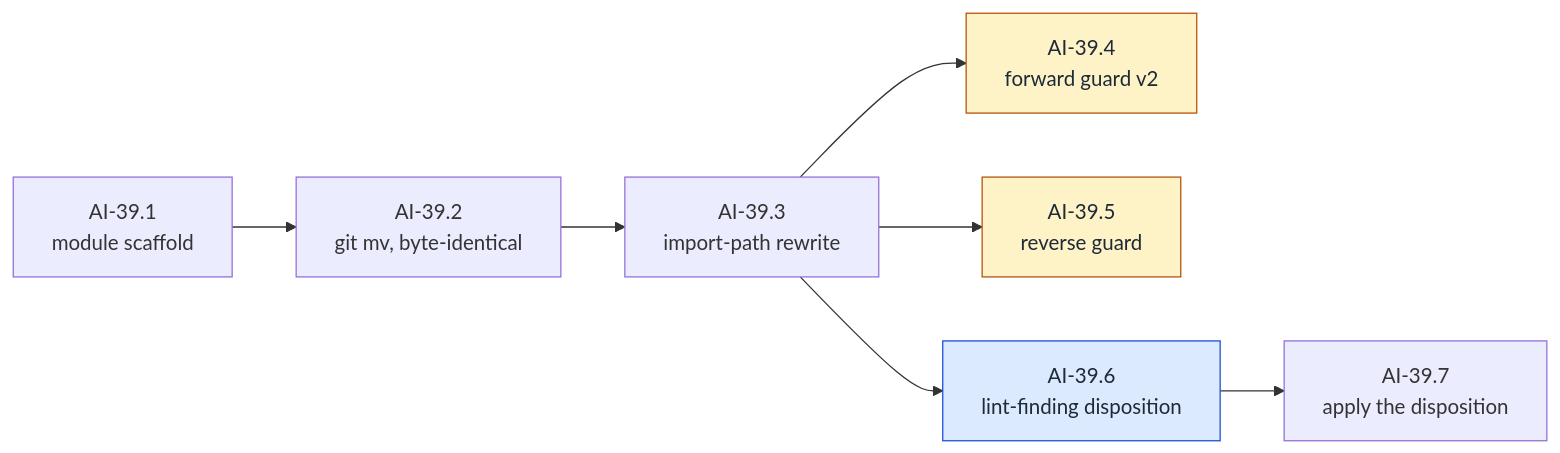
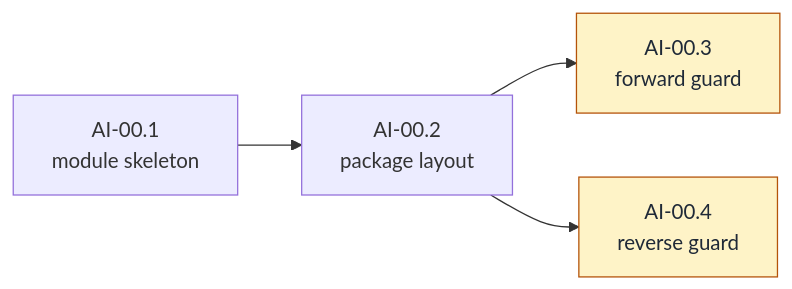
Before and after one commit to witsaba/cachicamas: the second of 29 diagrams in docs/architecture/milestones/0002-cachicamas-ai-layer-1-task-graph.md, drawn with Mermaid. The commit also changed other lines of this file, not shown here.

First line of the commit message:
docs: rewrite Layer 1 task graph as a from-zero plan (AI-00 … AI-40)

````diff
--- a/docs/architecture/milestones/0002-cachicamas-ai-layer-1-task-graph.md
+++ b/docs/architecture/milestones/0002-cachicamas-ai-layer-1-task-graph.md
@@ -222,13 +236,8 @@
 ```mermaid
 flowchart LR
-    A1["AI-39.1<br/>module scaffold"] --> A2["AI-39.2<br/>git mv, byte-identical"]
-    A2 --> A3["AI-39.3<br/>import-path rewrite"]
-    A3 --> A4["AI-39.4<br/>forward guard v2"]
-    A3 --> A5["AI-39.5<br/>reverse guard"]
-    A3 --> A6["AI-39.6<br/>lint-finding disposition"]
-    A6 --> A7["AI-39.7<br/>apply the disposition"]
+    A1["AI-00.1<br/>module skeleton"] --> A2["AI-00.2<br/>package layout"]
+    A2 --> A3["AI-00.3<br/>forward guard"]
+    A2 --> A4["AI-00.4<br/>reverse guard"]
     classDef g fill:#fef3c7,stroke:#b45309,color:#1f2937
-    classDef d fill:#dbeafe,stroke:#1d4ed8,color:#1f2937
-    class A4,A5 g
-    class A6 d
+    class A3,A4 g
 ```
````
